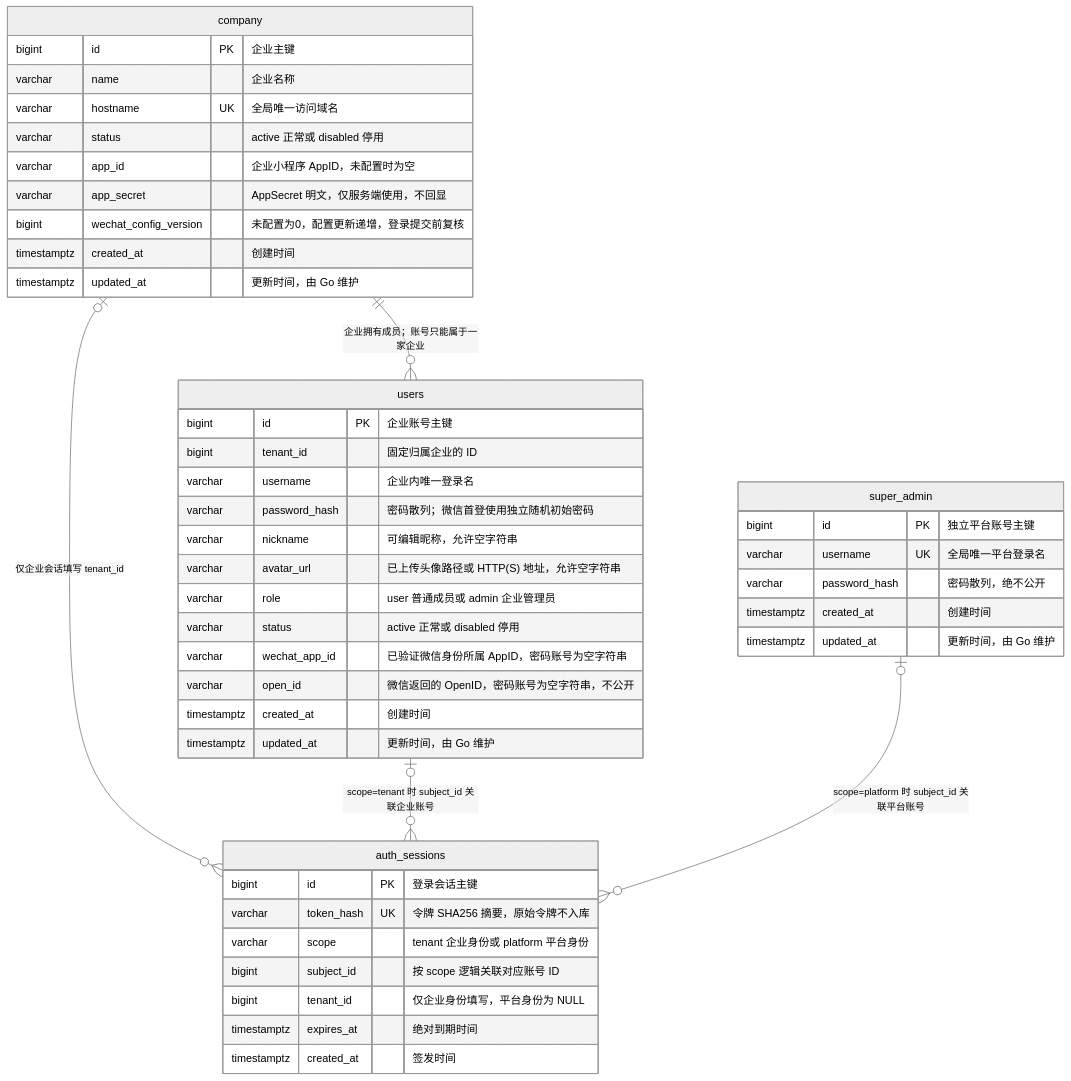
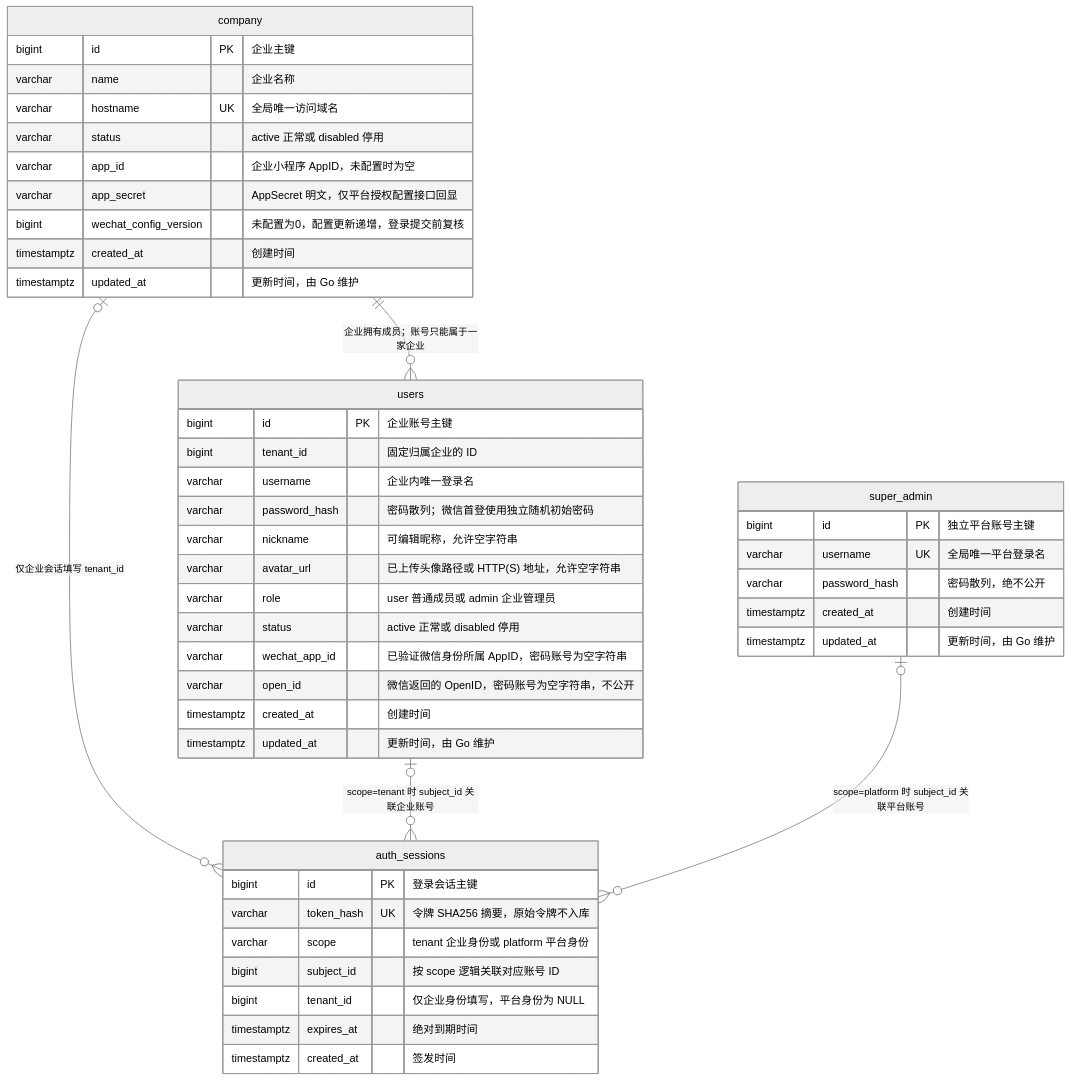
The first of 3 diagrams in db/README.md (xlj-hly/knowledge-agent), drawn with Mermaid (neutral theme) before and after one commit. The commit also changed other lines of this file and 332 other files, not shown here.

````diff
--- a/db/README.md
+++ b/db/README.md
@@ -18,48 +26,48 @@
 ```mermaid
 erDiagram
     company ||--o{ users : "企业拥有成员；账号只能属于一家企业"
     company o|--o{ auth_sessions : "仅企业会话填写 tenant_id"
     users o|--o{ auth_sessions : "scope=tenant 时 subject_id 关联企业账号"
     super_admin o|--o{ auth_sessions : "scope=platform 时 subject_id 关联平台账号"
     company {
         bigint id PK "企业主键"
         varchar name "企业名称"
         varchar hostname UK "全局唯一访问域名"
         varchar status "active 正常或 disabled 停用"
         varchar app_id "企业小程序 AppID，未配置时为空"
-        varchar app_secret "AppSecret 明文，仅服务端使用，不回显"
+        varchar app_secret "AppSecret 明文，仅平台授权配置接口回显"
         bigint wechat_config_version "未配置为0，配置更新递增，登录提交前复核"
         timestamptz created_at "创建时间"
         timestamptz updated_at "更新时间，由 Go 维护"
     }
     users {
         bigint id PK "企业账号主键"
         bigint tenant_id "固定归属企业的 ID"
         varchar username "企业内唯一登录名"
         varchar password_hash "密码散列；微信首登使用独立随机初始密码"
         varchar nickname "可编辑昵称，允许空字符串"
         varchar avatar_url "已上传头像路径或 HTTP(S) 地址，允许空字符串"
         varchar role "user 普通成员或 admin 企业管理员"
         varchar status "active 正常或 disabled 停用"
         varchar wechat_app_id "已验证微信身份所属 AppID，密码账号为空字符串"
         varchar open_id "微信返回的 OpenID，密码账号为空字符串，不公开"
         timestamptz created_at "创建时间"
         timestamptz updated_at "更新时间，由 Go 维护"
     }
     super_admin {
         bigint id PK "独立平台账号主键"
         varchar username UK "全局唯一平台登录名"
         varchar password_hash "密码散列，绝不公开"
         timestamptz created_at "创建时间"
         timestamptz updated_at "更新时间，由 Go 维护"
     }
     auth_sessions {
         bigint id PK "登录会话主键"
         varchar token_hash UK "令牌 SHA256 摘要，原始令牌不入库"
         varchar scope "tenant 企业身份或 platform 平台身份"
         bigint subject_id "按 scope 逻辑关联对应账号 ID"
         bigint tenant_id "仅企业身份填写，平台身份为 NULL"
         timestamptz expires_at "绝对到期时间"
         timestamptz created_at "签发时间"
     }
 ```
````
